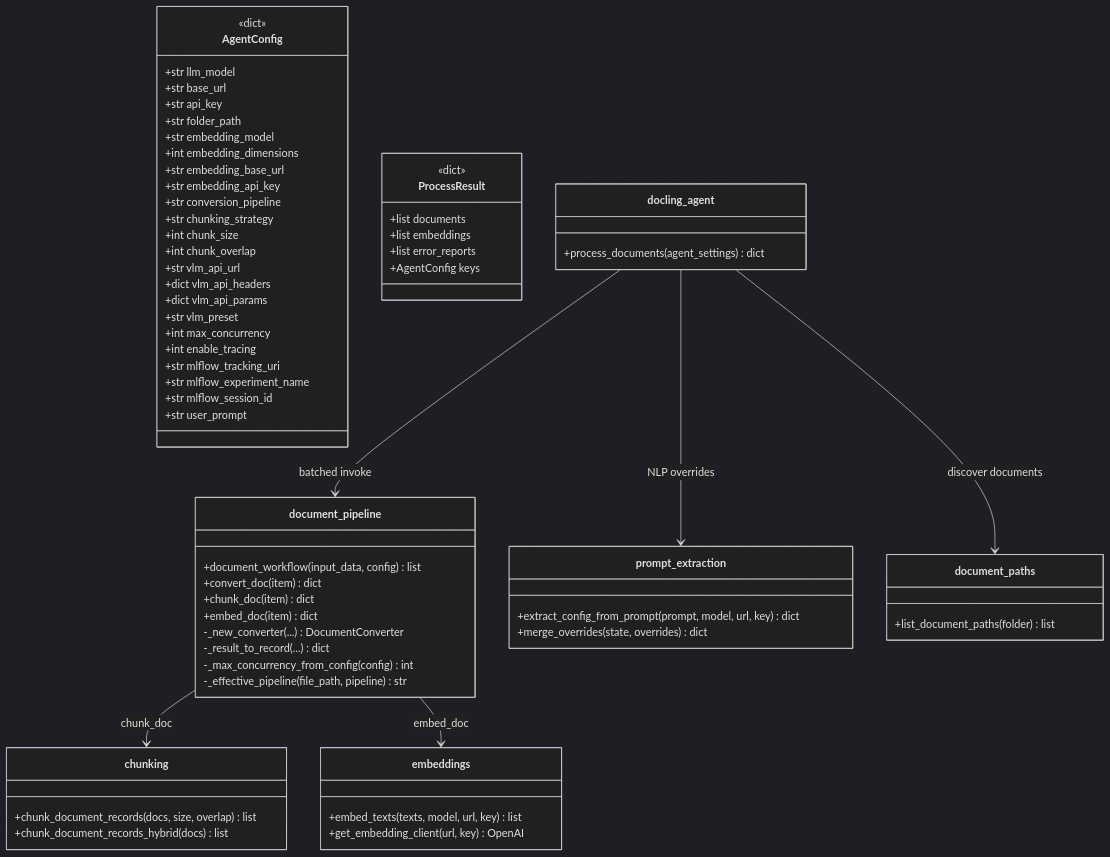
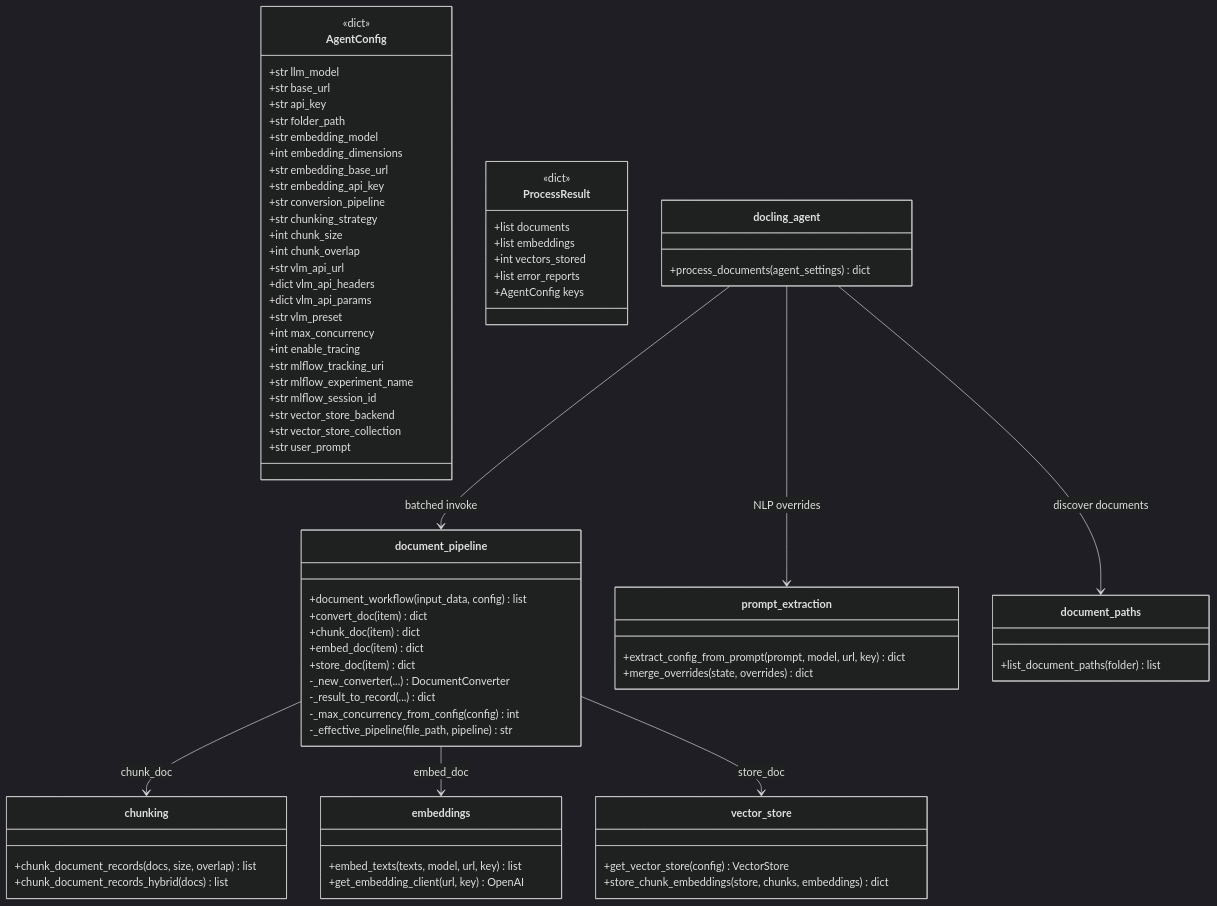
Before and after one commit to mcaimi/docling-agent: the third of 3 diagrams in AGENTS.md, drawn with Mermaid (dark theme). The commit also changed other lines of this file and 1 other file, not shown here.

````diff
--- a/AGENTS.md
+++ b/AGENTS.md
@@ -166,6 +182,8 @@
         +str mlflow_tracking_uri
         +str mlflow_experiment_name
         +str mlflow_session_id
+        +str vector_store_backend
+        +str vector_store_collection
         +str user_prompt
     }
 
@@ -173,6 +191,7 @@
         <<dict>>
         +list documents
         +list embeddings
+        +int vectors_stored
         +list error_reports
         +AgentConfig keys
     }
@@ -182,6 +201,7 @@
         +convert_doc(item) dict
         +chunk_doc(item) dict
         +embed_doc(item) dict
+        +store_doc(item) dict
         -_new_converter(...) DocumentConverter
         -_result_to_record(...) dict
         -_max_concurrency_from_config(config) int
@@ -203,6 +223,11 @@
         +get_embedding_client(url, key) OpenAI
     }
 
+    class vector_store {
+        +get_vector_store(config) VectorStore
+        +store_chunk_embeddings(store, chunks, embeddings) dict
+    }
+
     class document_paths {
         +list_document_paths(folder) list
     }
@@ -216,4 +241,5 @@
     docling_agent --> document_pipeline : batched invoke
     document_pipeline --> chunking : chunk_doc
     document_pipeline --> embeddings : embed_doc
+    document_pipeline --> vector_store : store_doc
 ```
````
